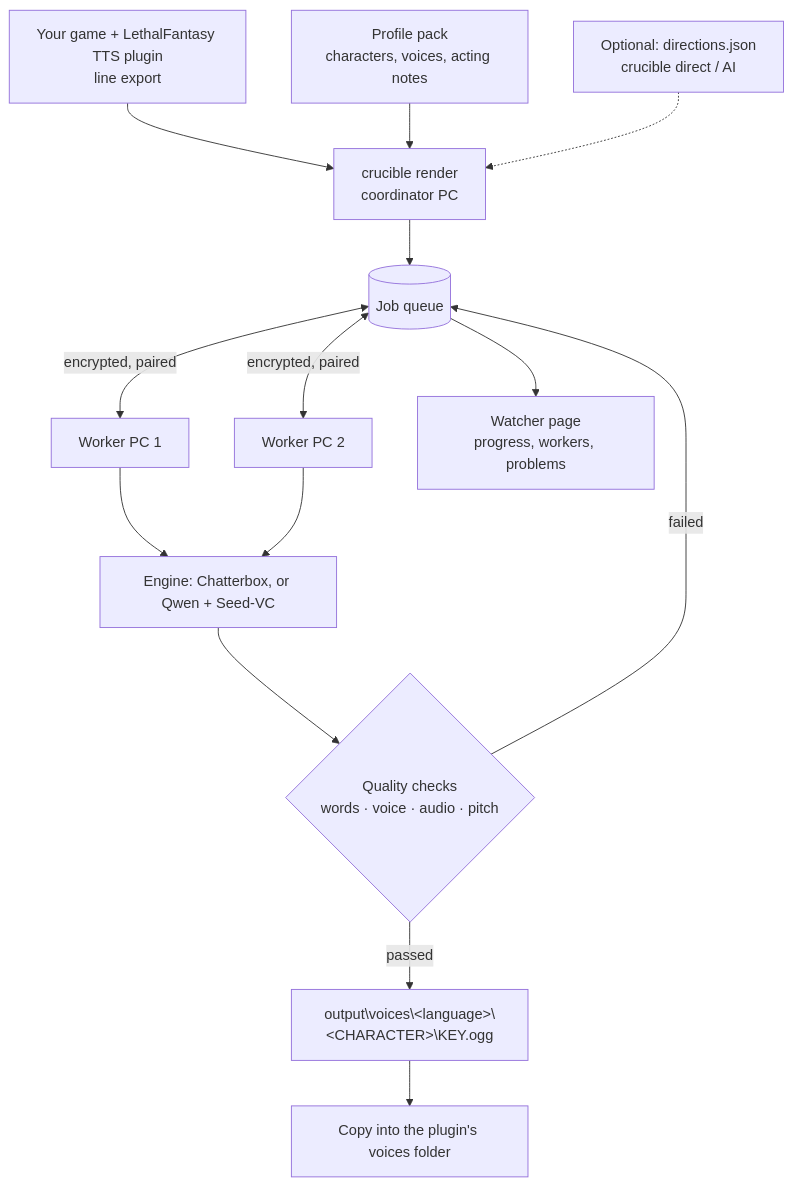
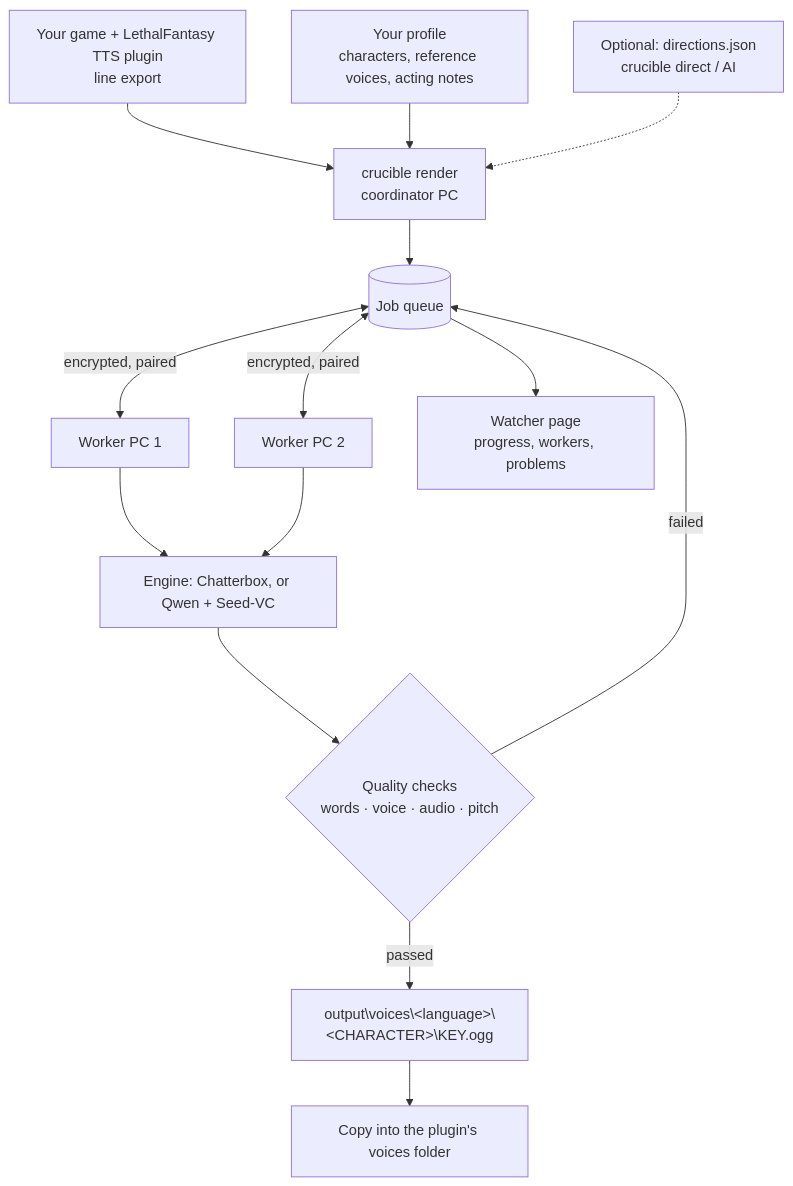
One commit to EPIC3D/LethalFantasy-VoiceCrucible changed the diagram in README.md. Above: the diagram before and after it, drawn with Mermaid. The commit also changed other lines of this file and 10 other files, not shown here.

First line of the commit message:
Profiles: create your own from the template (no profile pack needed)

````diff
--- a/README.md
+++ b/README.md
@@ -17,15 +17,15 @@
 ```mermaid
 flowchart TD
     G[Your game + LethalFantasy TTS plugin<br/>line export] --> R[crucible render<br/>coordinator PC]
-    P[Profile pack<br/>characters, voices, acting notes] --> R
+    P[Your profile<br/>characters, reference voices, acting notes] --> R
     D[Optional: directions.json<br/>crucible direct / AI] -.-> R
     R --> Q[(Job queue)]
     Q <-->|encrypted, paired| W1[Worker PC 1]
     Q <-->|encrypted, paired| W2[Worker PC 2]
     W1 & W2 --> E[Engine: Chatterbox, or Qwen + Seed-VC]
     E --> C{Quality checks<br/>words · voice · audio · pitch}
     C -- failed --> Q
     C -- passed --> O[output\voices\&lt;language&gt;\&lt;CHARACTER&gt;\KEY.ogg]
     O --> M[Copy into the plugin's voices folder]
     Q --> V[Watcher page<br/>progress, workers, problems]
 ```
````
